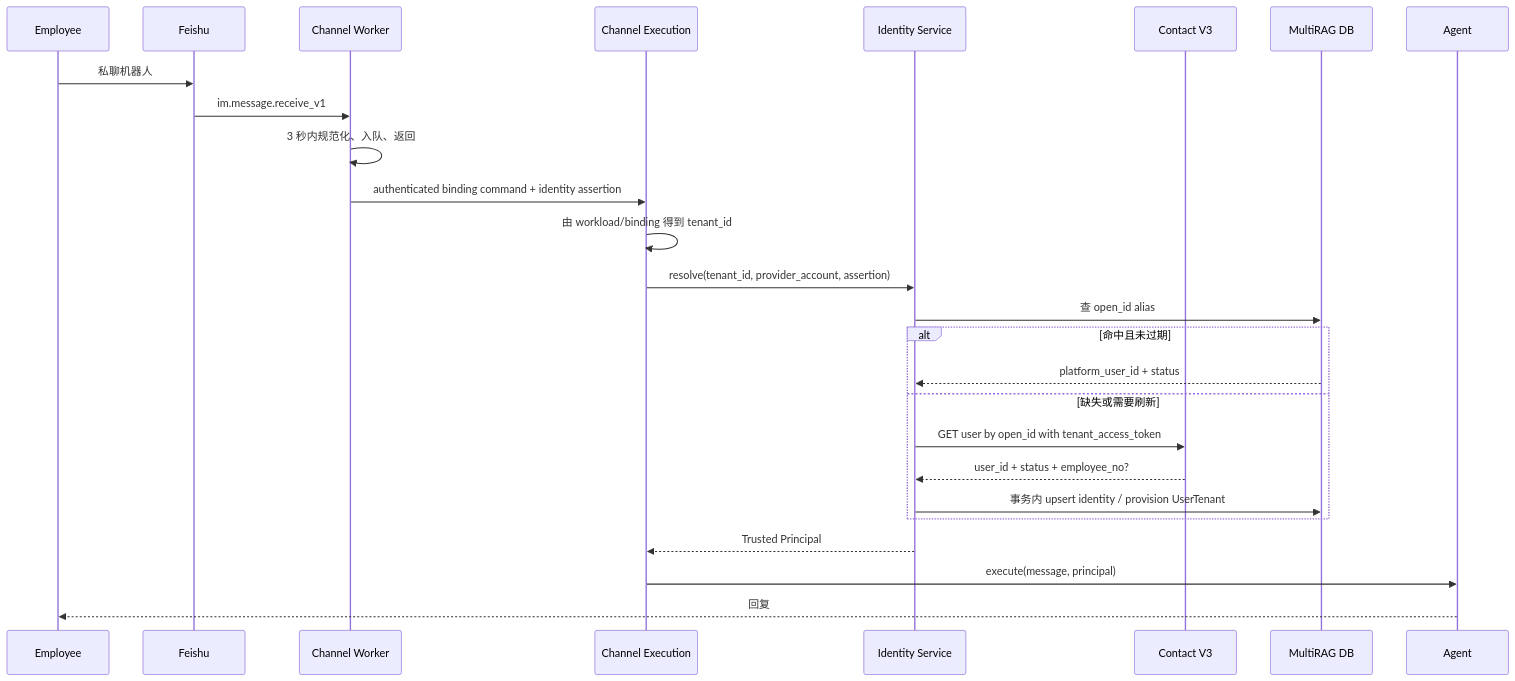
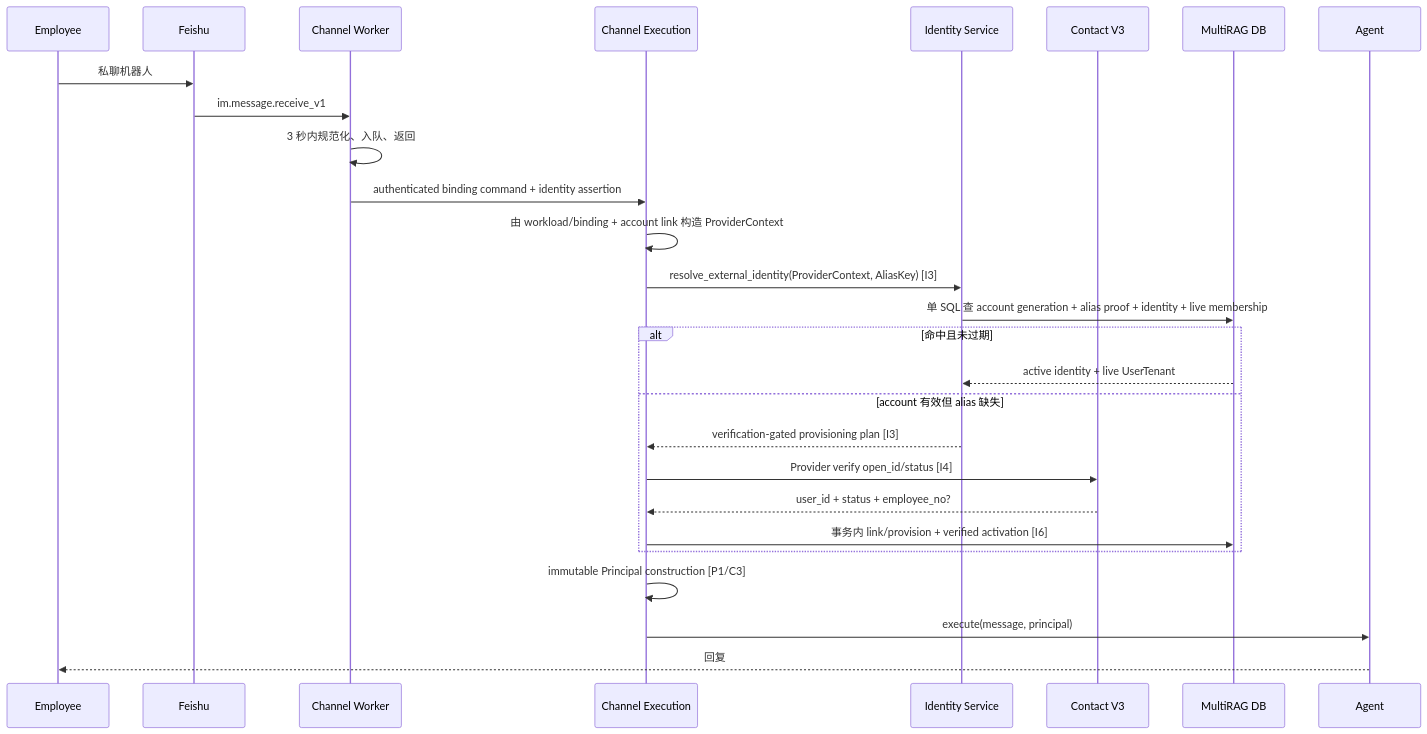
Before and after one commit to yuehong136/MultiRAG: the fourth of 8 diagrams in docs/enterprise-identity-mcp/ARCHITECTURE.md, drawn with Mermaid. The commit also changed other lines of this file and 16 other files, not shown here.

Commit message:
feat(identity): add provider-neutral identity core (EIM-I3)

````diff
--- a/docs/enterprise-identity-mcp/ARCHITECTURE.md
+++ b/docs/enterprise-identity-mcp/ARCHITECTURE.md
@@ -160,29 +195,30 @@
 ```mermaid
 sequenceDiagram
     participant E as Employee
     participant F as Feishu
     participant W as Channel Worker
     participant X as Channel Execution
     participant I as Identity Service
     participant C as Contact V3
     participant D as MultiRAG DB
     participant A as Agent
 
     E->>F: 私聊机器人
     F->>W: im.message.receive_v1
     W->>W: 3 秒内规范化、入队、返回
     W->>X: authenticated binding command + identity assertion
-    X->>X: 由 workload/binding 得到 tenant_id
-    X->>I: resolve(tenant_id, provider_account, assertion)
-    I->>D: 查 open_id alias
+    X->>X: 由 workload/binding + account link 构造 ProviderContext
+    X->>I: resolve_external_identity(ProviderContext, AliasKey) [I3]
+    I->>D: 单 SQL 查 account generation + alias proof + identity + live membership
     alt 命中且未过期
-        D-->>I: platform_user_id + status
-    else 缺失或需要刷新
-        I->>C: GET user by open_id with tenant_access_token
-        C-->>I: user_id + status + employee_no?
-        I->>D: 事务内 upsert identity / provision UserTenant
+        D-->>I: active identity + live UserTenant
+    else account 有效但 alias 缺失
+        I-->>X: verification-gated provisioning plan [I3]
+        X->>C: Provider verify open_id/status [I4]
+        C-->>X: user_id + status + employee_no?
+        X->>D: 事务内 link/provision + verified activation [I6]
     end
-    I-->>X: Trusted Principal
+    X->>X: immutable Principal construction [P1/C3]
     X->>A: execute(message, principal)
     A-->>E: 回复
 ```
````
